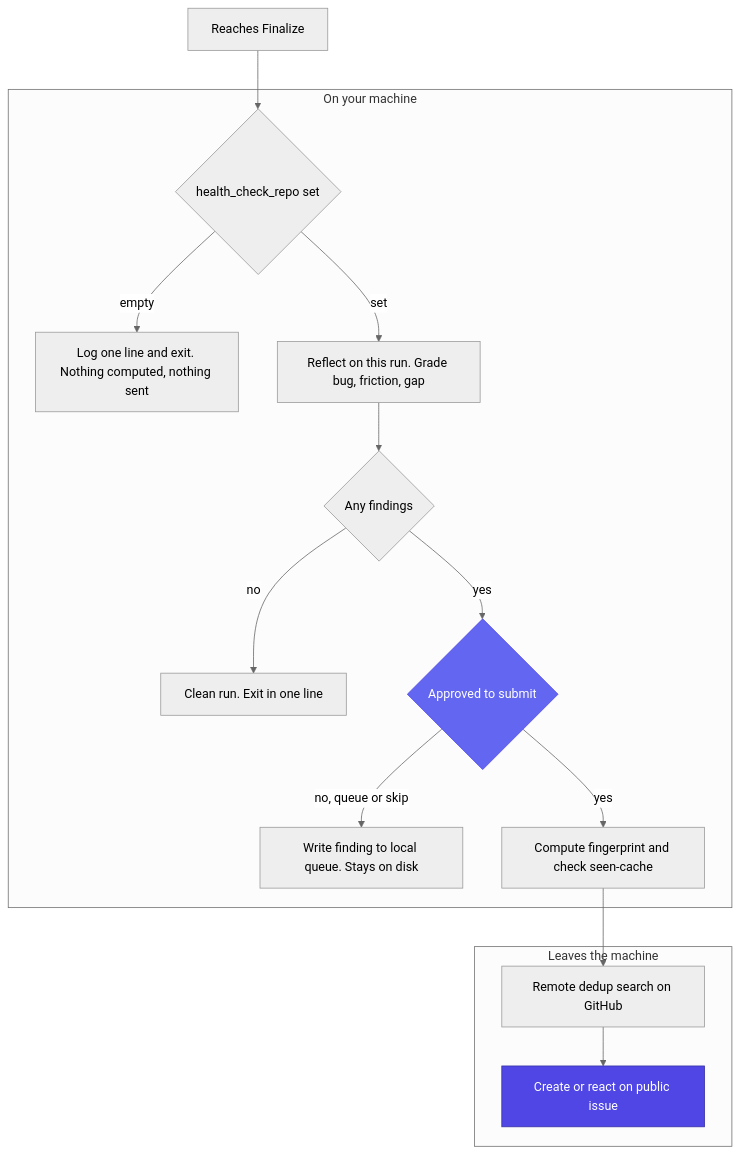
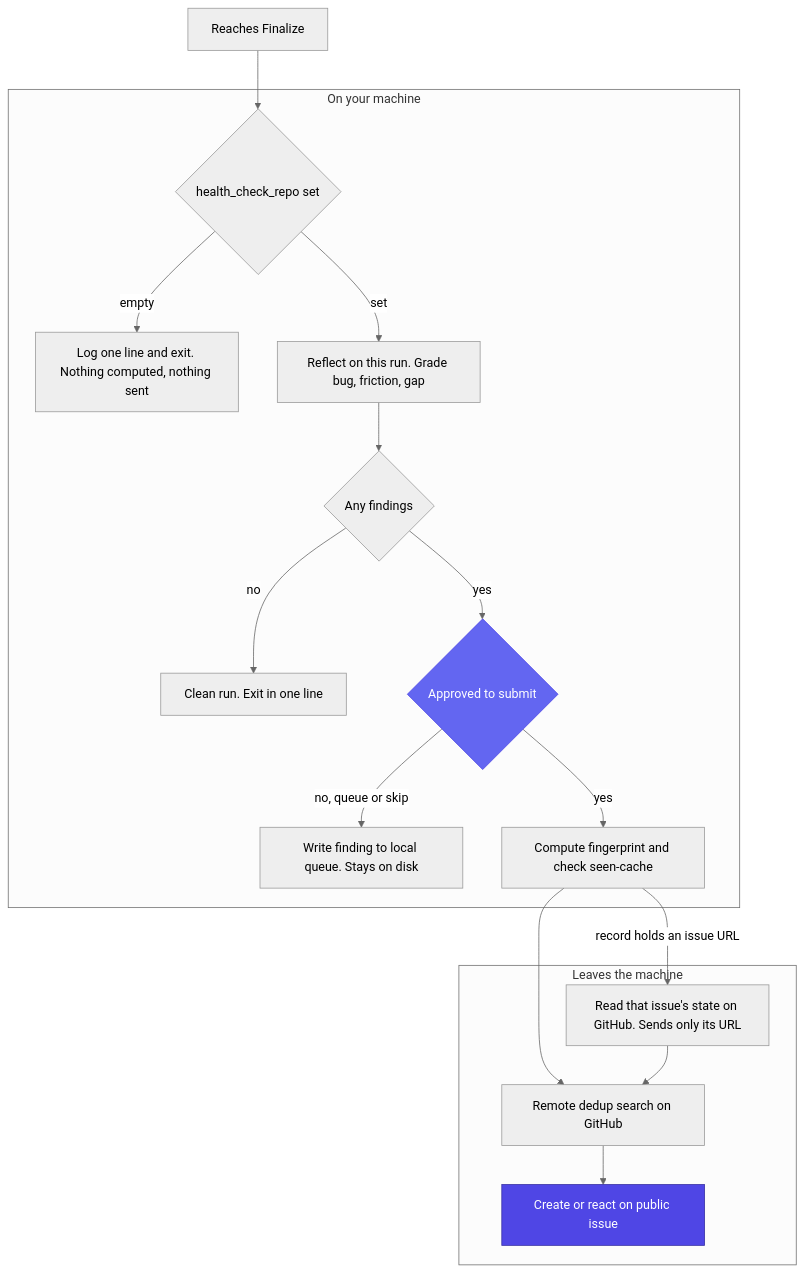
One commit to armelhbobdad/bmad-module-ultracode-goal changed the diagram in docs/health-check.md. Above: the diagram before and after it, drawn with Mermaid (neutral theme). The commit also changed other lines of this file and 9 other files, not shown here.

````diff
--- a/docs/health-check.md
+++ b/docs/health-check.md
@@ -32,33 +32,36 @@
 ```mermaid
 flowchart TD
     Start["Reaches Finalize"] --> Enabled{"health_check_repo set"}
     Enabled -->|"empty"| Off["Log one line and exit. Nothing computed, nothing sent"]
     Enabled -->|"set"| Reflect["Reflect on this run. Grade bug, friction, gap"]
     Reflect --> Clean{"Any findings"}
     Clean -->|"no"| Done["Clean run. Exit in one line"]
     Clean -->|"yes"| Gate{"Approved to submit"}
     Gate -->|"no, queue or skip"| Queue["Write finding to local queue. Stays on disk"]
     Gate -->|"yes"| Fp["Compute fingerprint and check seen-cache"]
     Fp --> Search["Remote dedup search on GitHub"]
+    Fp -->|"record holds an issue URL"| State["Read that issue's state on GitHub. Sends only its URL"]
+    State --> Search
     Search --> Create["Create or react on public issue"]
 
     subgraph local["On your machine"]
         Enabled
         Off
         Reflect
         Clean
         Done
         Gate
         Queue
         Fp
     end
     subgraph net["Leaves the machine"]
+        State
         Search
         Create
     end
 
     classDef accent fill:#6366F1,stroke:#4F46E5,color:#fff
     classDef verdict fill:#4F46E5,stroke:#3730A3,color:#fff
     class Gate accent
     class Create verdict
 ```
````
